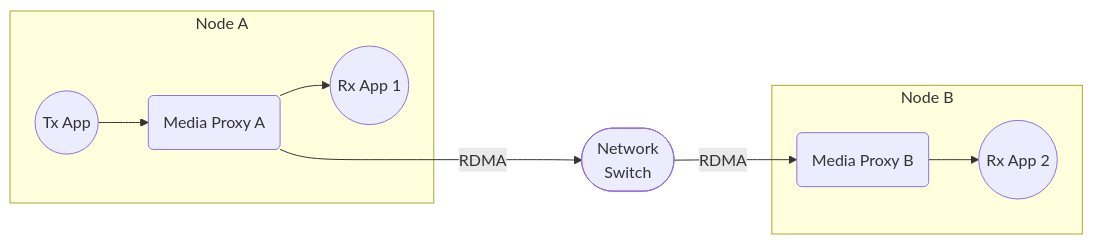
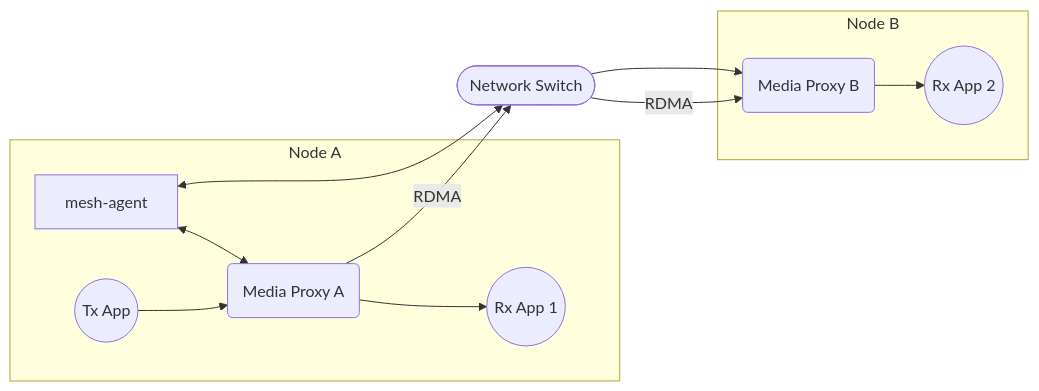
One commit to OpenVisualCloud/Media-Communications-Mesh changed the diagram in tests/validation/docs/test-scenarios/scenario-set-2-rdma/SCENARIO-2.3-2X-NODES-1X-RECEIVER-PER-NODE.md. Above: the diagram before and after it, drawn with Mermaid. The commit also changed other lines of this file and 1 other file, not shown here.

Commit message:
schema update

````diff
--- a/tests/validation/docs/test-scenarios/scenario-set-2-rdma/SCENARIO-2.3-2X-NODES-1X-RECEIVER-PER-NODE.md
+++ b/tests/validation/docs/test-scenarios/scenario-set-2-rdma/SCENARIO-2.3-2X-NODES-1X-RECEIVER-PER-NODE.md
@@ -7,19 +7,22 @@
 ```mermaid
 flowchart LR
+    subgraph Node A
+        meshAgent[mesh-agent]
+        rxA1((Rx App 1))
+        tx((Tx App))
+        proxy1(Media Proxy A)
+        meshAgent <--> proxy1
+    end
     subgraph Node B
         rxB1((Rx App 2))
         proxy2(Media Proxy B)
     end
-    subgraph Node A
-        rxA1((Rx App 1))
-        tx((Tx App))
-        proxy1(Media Proxy A)
-    end
-    sw(["Network
-        Switch"])
+    sw(["Network Switch"])
     tx --> proxy1
     proxy1 --> rxA1
-    proxy1 -- RDMA ----> sw
+    proxy1 -->|RDMA| sw
     sw -- RDMA --> proxy2
     proxy2 --> rxB1
+    meshAgent <--> sw
+    sw --> proxy2
 ```
````
